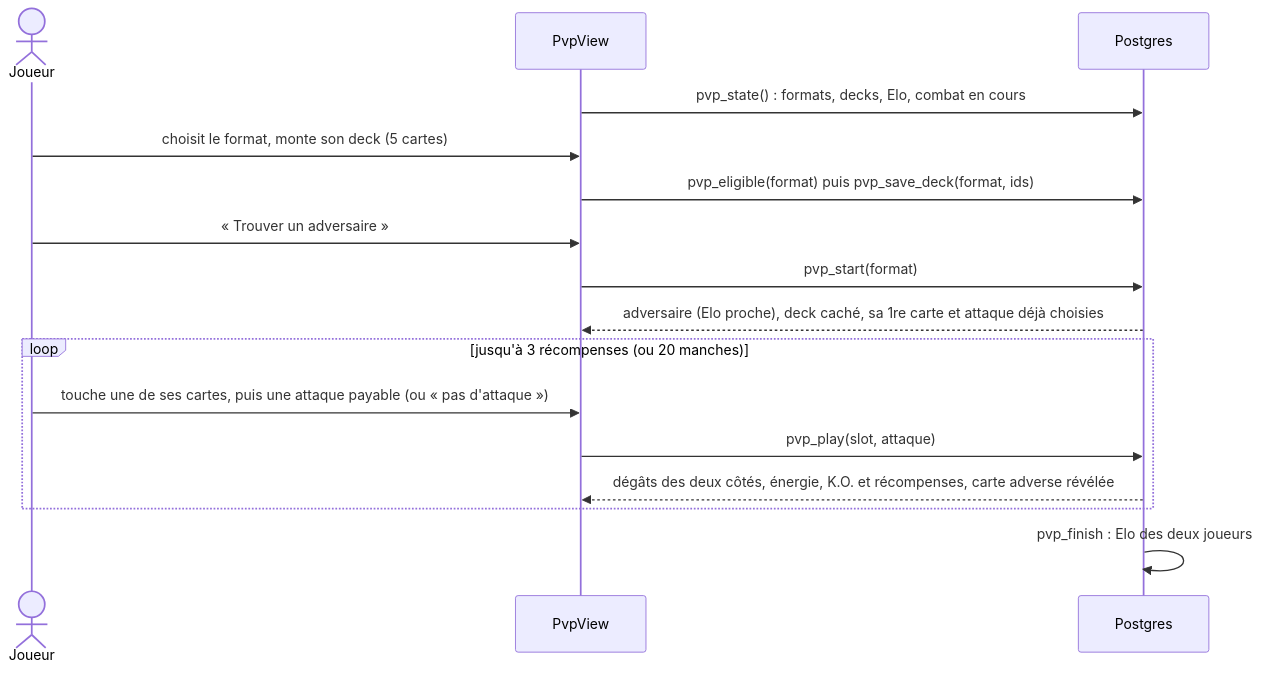
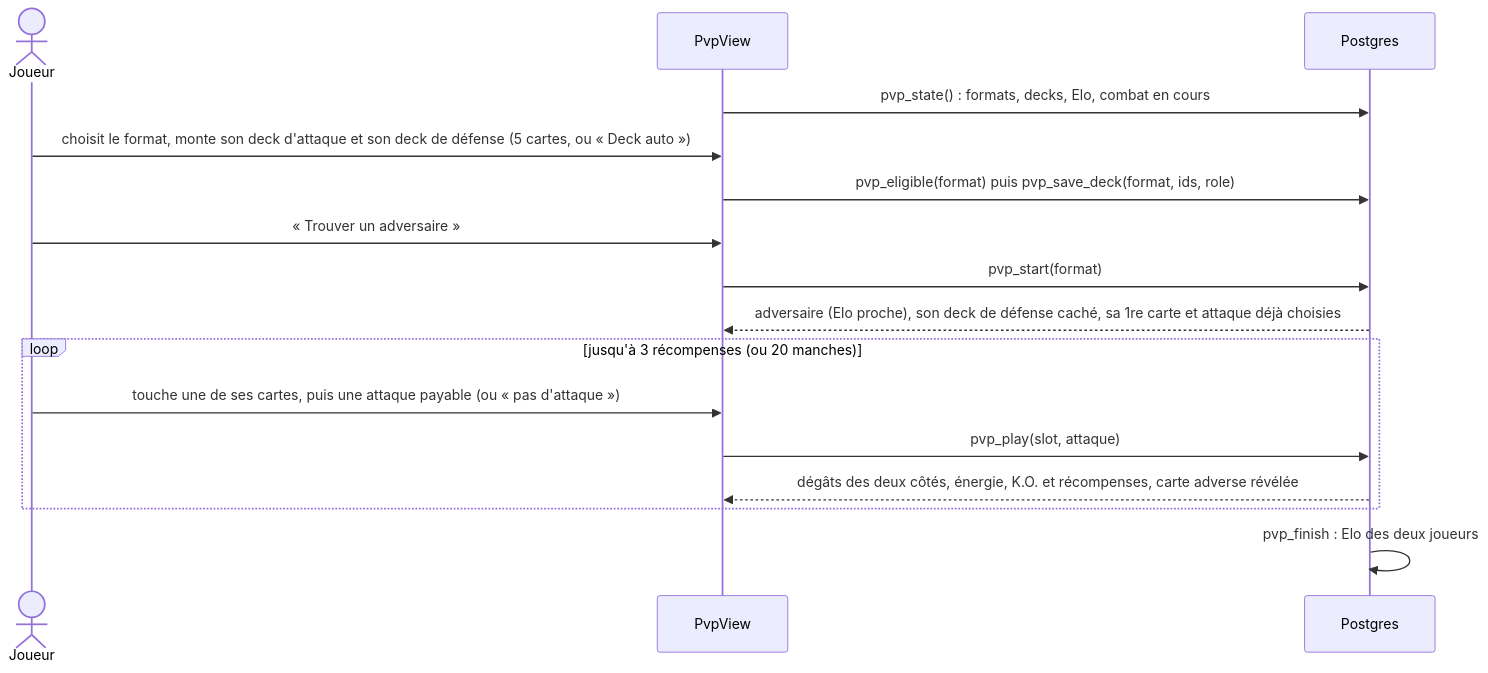
One commit to LBasil/pokemon-booster-game changed the tenth of 11 diagrams in docs/technique/05-parcours.md. Above: the diagram before and after it, drawn with Mermaid. The commit also changed other lines of this file and 19 other files, not shown here.

````diff
--- a/docs/technique/05-parcours.md
+++ b/docs/technique/05-parcours.md
@@ -864,19 +867,19 @@
 ```mermaid
 sequenceDiagram
   actor J as Joueur
   participant PV as PvpView
   participant DB as Postgres
 
   PV->>DB: pvp_state() : formats, decks, Elo, combat en cours
-  J->>PV: choisit le format, monte son deck (5 cartes)
-  PV->>DB: pvp_eligible(format) puis pvp_save_deck(format, ids)
+  J->>PV: choisit le format, monte son deck d'attaque et son deck de défense (5 cartes, ou « Deck auto »)
+  PV->>DB: pvp_eligible(format) puis pvp_save_deck(format, ids, role)
   J->>PV: « Trouver un adversaire »
   PV->>DB: pvp_start(format)
-  DB-->>PV: adversaire (Elo proche), deck caché, sa 1re carte et attaque déjà choisies
+  DB-->>PV: adversaire (Elo proche), son deck de défense caché, sa 1re carte et attaque déjà choisies
   loop jusqu'à 3 récompenses (ou 20 manches)
     J->>PV: touche une de ses cartes, puis une attaque payable (ou « pas d'attaque »)
     PV->>DB: pvp_play(slot, attaque)
     DB-->>PV: dégâts des deux côtés, énergie, K.O. et récompenses, carte adverse révélée
   end
   DB->>DB: pvp_finish : Elo des deux joueurs
 ```
````
